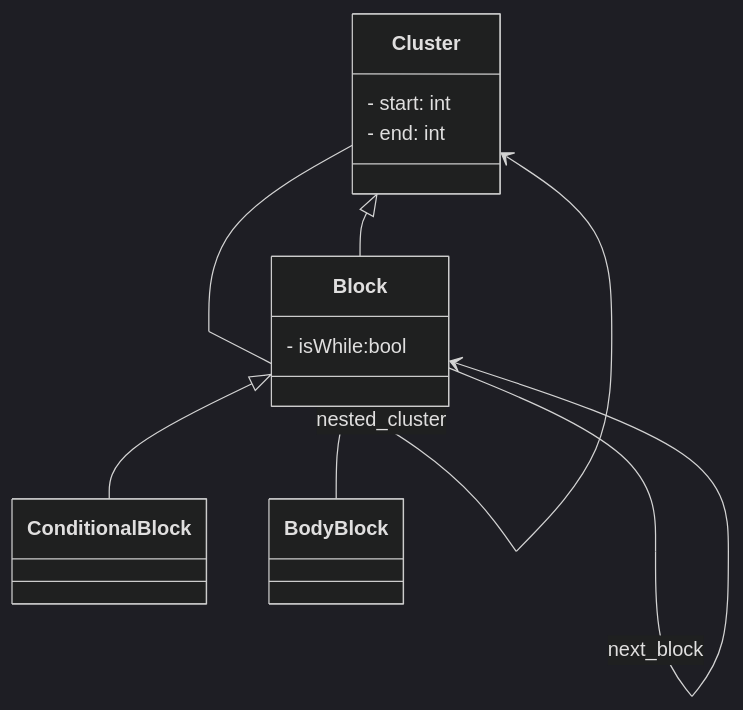
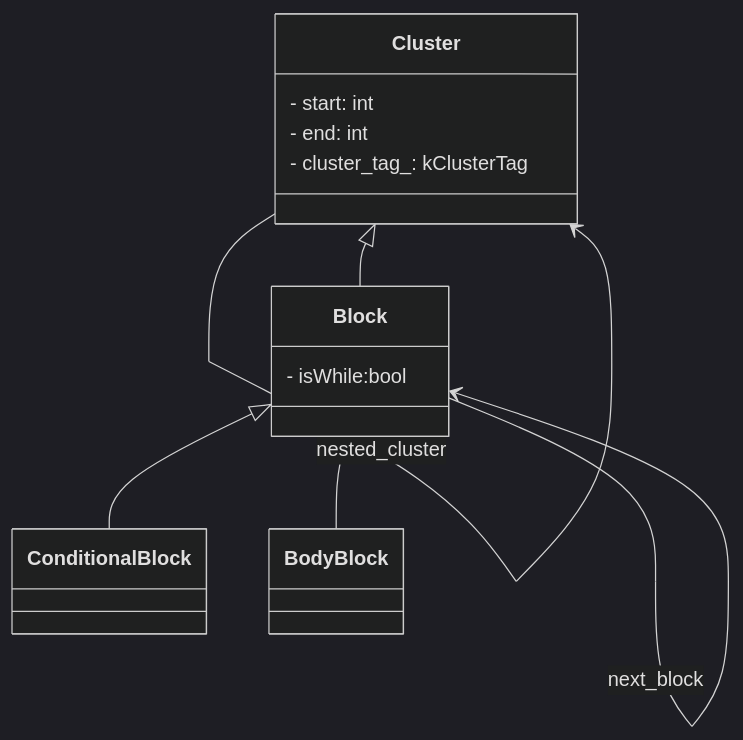
One commit to rtshkmr/CS3203-StaticProgramAnalyzer changed the diagram in docs/cd/Cluster.mmd. Above: the diagram before and after it, drawn with Mermaid (dark theme). The commit also changed 4 other files, not shown here.

```diff
--- a/docs/cd/Cluster.mmd
+++ b/docs/cd/Cluster.mmd
@@ -1,21 +1,22 @@
 classDiagram
 
     class Cluster {
         - start: int
         - end: int
+        - cluster_tag_: kClusterTag
     }
 
     Cluster --> Cluster : parent_cluster
     Cluster --> Cluster : nested_cluster
     
     class Block {
         - isWhile:bool
     }
 
     Block --> Block : prev_block
     Block --> Block : next_block
 
     Cluster <|-- Block
 
     Block <|-- ConditionalBlock
     Block <|-- BodyBlock
```
